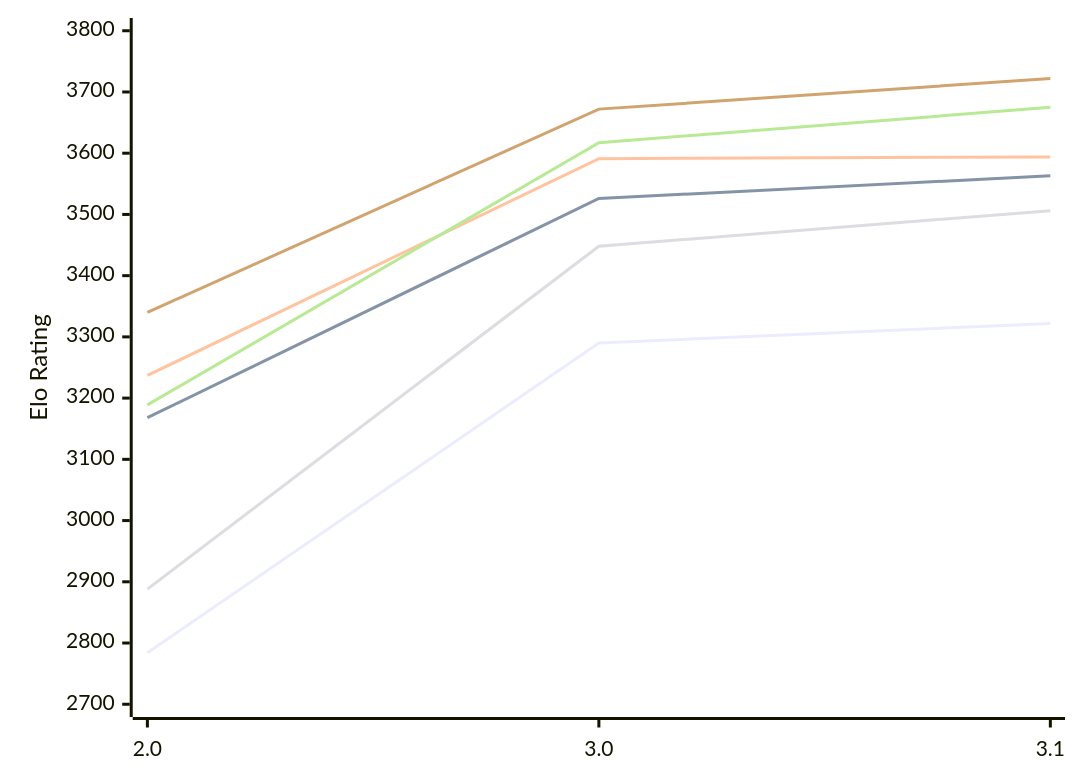
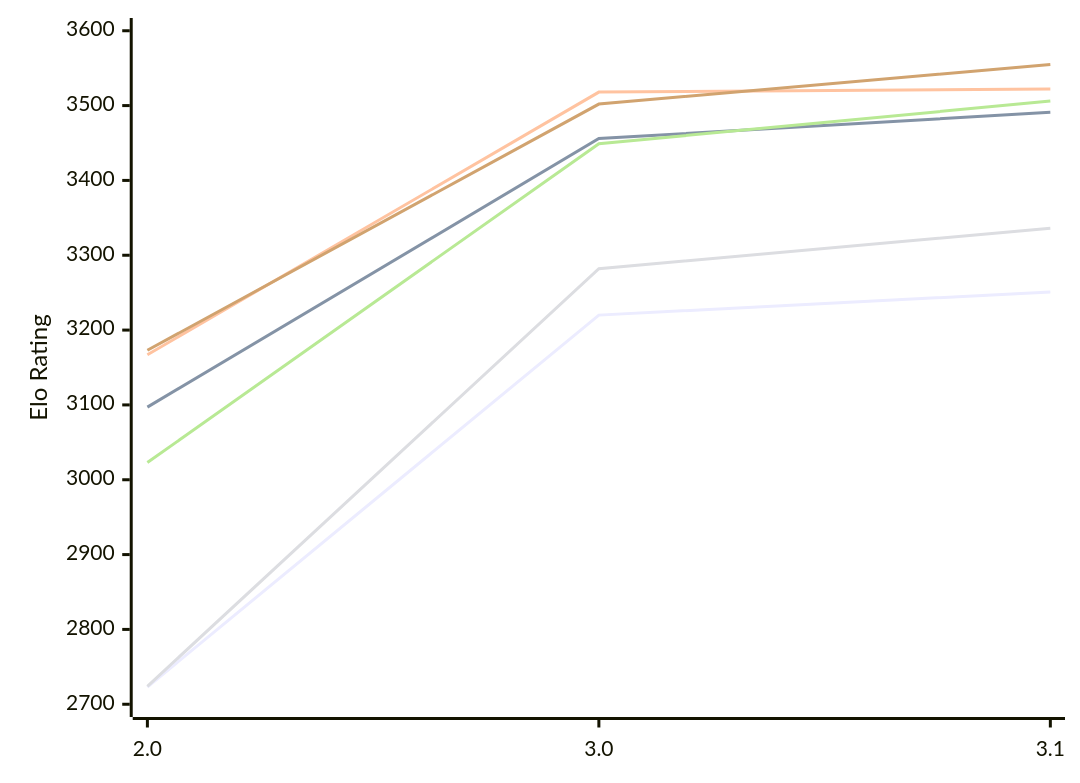
One commit to computer-chess-index/cci changed the diagram in engines/Funcomp.md. Above: the diagram before and after it, drawn with Mermaid. The commit also changed other lines of this file, not shown here.

Commit message:
Update CCI Ratings (ELO VLTC) - 2026-11-13

````diff
--- a/engines/Funcomp.md
+++ b/engines/Funcomp.md
@@ -51,12 +51,12 @@
 ```mermaid
 %%{init: {"theme":"base","themeVariables":{"seriesColors:['#a3a3a3','#222221','#faa371']}}}%%
 xychart-beta
   x-axis ["2.0", "3.0", "3.1"]
-  y-axis "Elo Rating" 2700 --> 3800
-  line "E1: STC (8.0+0.08s)" [2784, 3290, 3322]
-  line "E1: LTC (60.0+0.60s)" [3168, 3526, 3563]
-  line "E1: VLTC (2m24s+1.12s)" [3237, 3591, 3594]
-  line "P1: STC (8.0+0.08s)" [2888, 3448, 3506]
-  line "P1: LTC (60.0+0.60s)" [3189, 3617, 3675]
-  line "P1: VLTC (2m24s+1.12s)" [3340, 3672, 3722]
+  y-axis "Elo Rating" 2700 --> 3600
+  line "E1: STC (8.0+0.08s)" [2723, 3220, 3251]
+  line "E1: LTC (60.0+0.60s)" [3097, 3456, 3491]
+  line "E1: VLTC (2m24s+1.12s)" [3167, 3518, 3522]
+  line "P1: STC (8.0+0.08s)" [2724, 3282, 3336]
+  line "P1: LTC (60.0+0.60s)" [3023, 3449, 3506]
+  line "P1: VLTC (2m24s+1.12s)" [3173, 3502, 3555]
 ```
````
